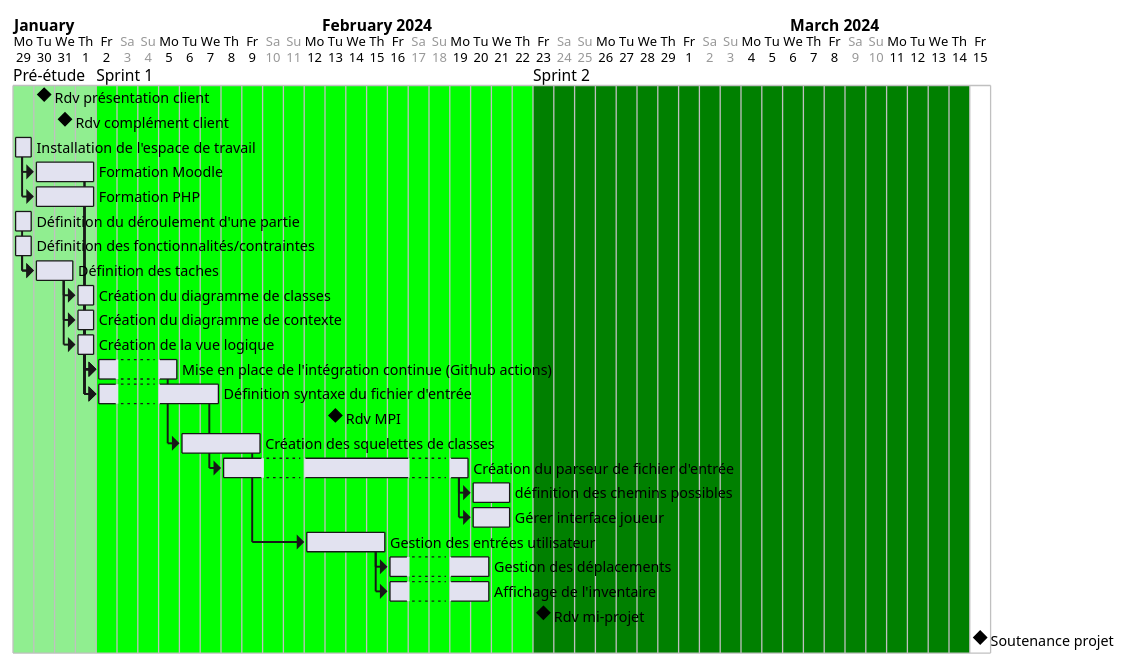
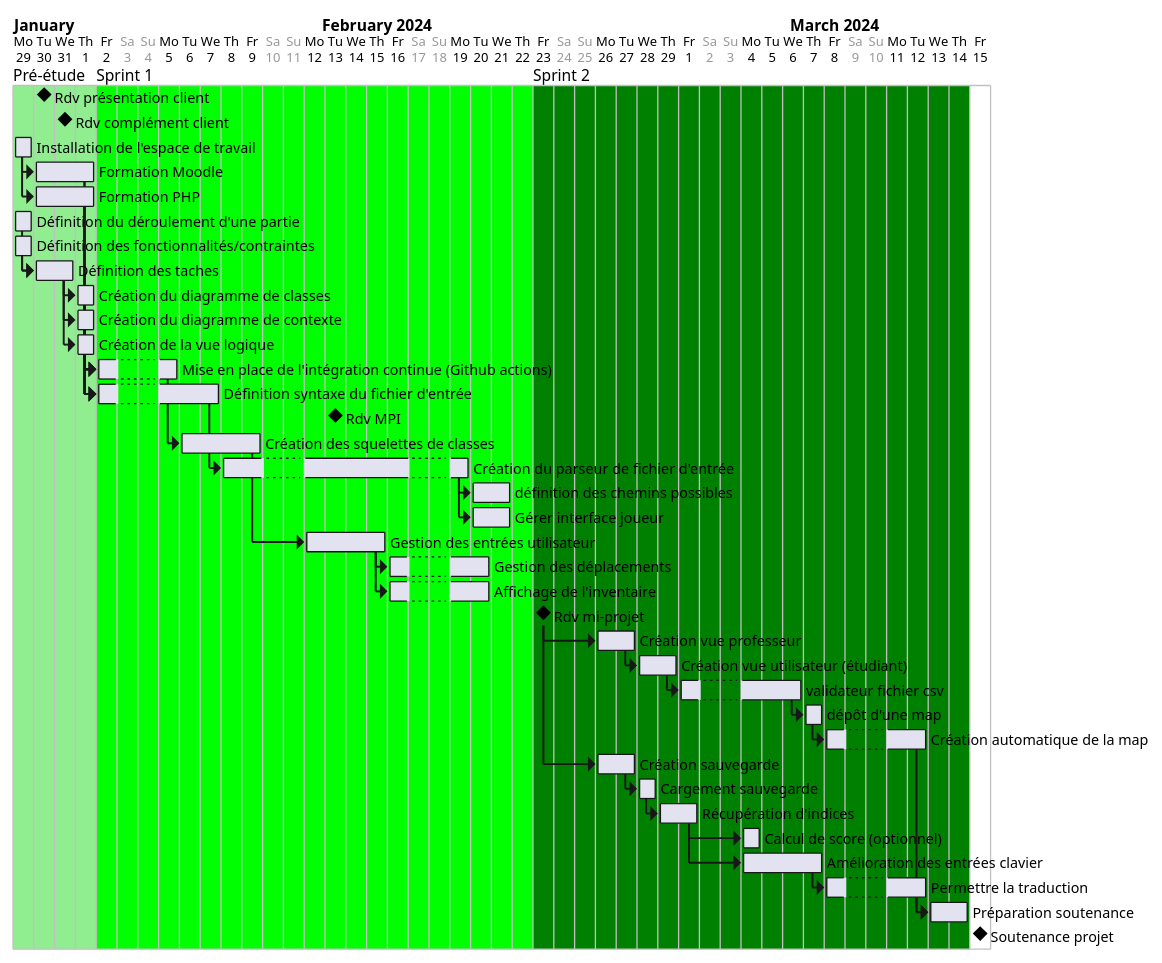
One commit to Serious-game-textuel/doc changed the second of 2 diagrams in MPI.md. Above: the diagram before and after it, drawn with PlantUML. The commit also changed other lines of this file, not shown here.

```diff
--- a/MPI.md
+++ b/MPI.md
@@ -84,7 +84,7 @@
 2024-02-23 to 2024-03-14 are named [Sprint 2]
 2024-02-23 to 2024-03-14 are colored in green
 
-/' sprint 1 '/
+/' Pré-étude '/
 [Rdv présentation client] happens the 30th of january 2024
 [Rdv complément client] happens the 31st of january 2024
 [Installation de l'espace de travail] requires 1 days
@@ -116,7 +116,8 @@
 [Création du diagramme de contexte] -> [Définition syntaxe du fichier d'entrée]
 [Création de la vue logique] -> [Définition syntaxe du fichier d'entrée]
 
-/' sprint 2 '/
+/' sprint 1 '/
+
 [Rdv MPI] happens the 13rd of february 2024
 [Mise en place de l'intégration continue (Github actions)] requires 2 days
 [Création des squelettes de classes] requires 4 days
@@ -135,10 +136,41 @@
 [Affichage de l'inventaire] requires 3 days
 [Gestion des entrées utilisateur] -> [Affichage de l'inventaire]
 
+[Rdv mi-projet] happens the 23rd of february 2024
 
-[Rdv mi-projet] happens the 23rd of february 2024
+[Création vue professeur] requires 2 days
+[Création vue utilisateur (étudiant)] requires 2 days
+[validateur fichier csv] requires 4 days
+[dépôt d'une map] requires 1 days
+[Création automatique de la map] requires 3 days
+[Création sauvegarde] requires 2 days
+[Cargement sauvegarde] requires 1 days
+[Récupération d'indices] requires 2 days
+[Calcul de score (optionnel)] requires 1 days
+[Amélioration des entrées clavier] requires 4 days
+[Permettre la traduction] requires 3 days
+[Préparation soutenance] requires 2 days
+
+
+
+[Rdv mi-projet] -> [Création vue professeur]
+[Création vue professeur] -> [Création vue utilisateur (étudiant)]
+[Création vue utilisateur (étudiant)] -> [validateur fichier csv] 
+[validateur fichier csv] -> [dépôt d'une map]
+[Rdv mi-projet] -> [Création sauvegarde]
+[Création sauvegarde]-> [Cargement sauvegarde]
+[Cargement sauvegarde] -> [Récupération d'indices]
+[Récupération d'indices] -> [Calcul de score (optionnel)] 
+[Récupération d'indices] -> [Amélioration des entrées clavier]
+[dépôt d'une map] -> [Création automatique de la map] 
+[Amélioration des entrées clavier] -> [Permettre la traduction]
+[Création automatique de la map] -> [Préparation soutenance]
+[Permettre la traduction] -> [Préparation soutenance]
+
+
+
+
 [Soutenance projet] happens the 15th of march 2024
-
 
 @endgantt
 
```
